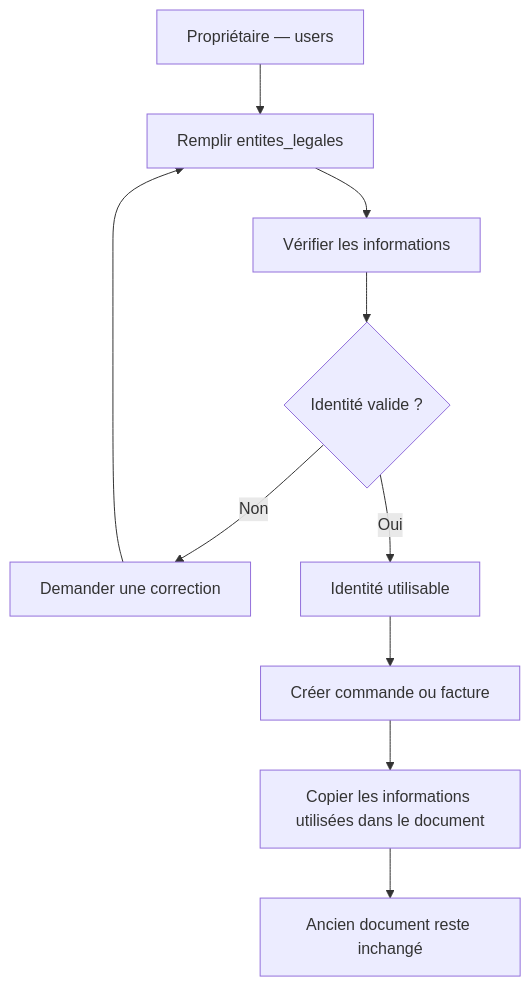
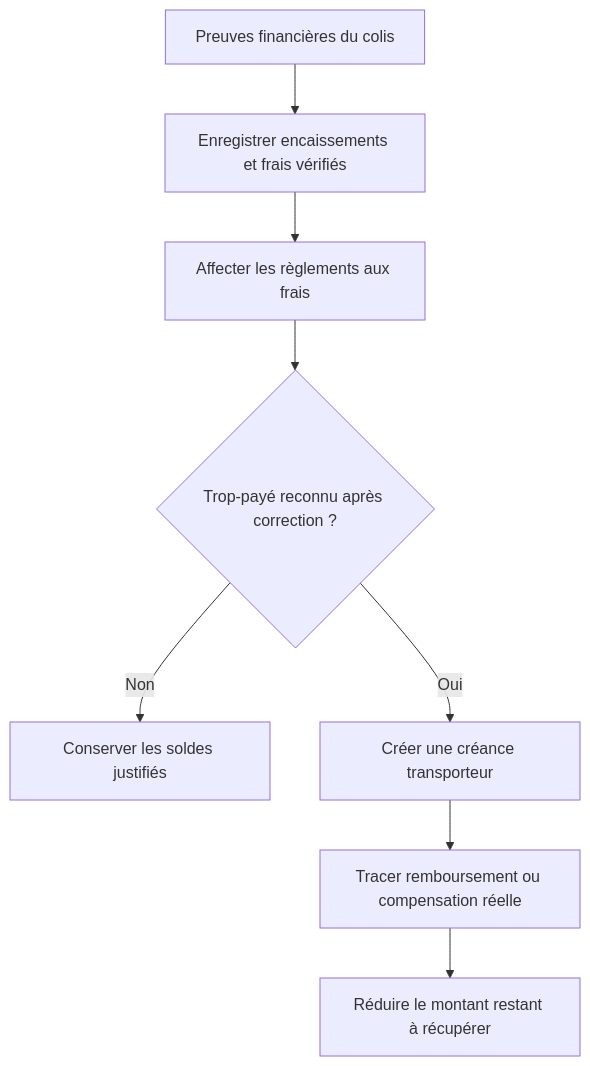
Before and after one commit to unitealfa/saas-ecom: diagram 16 of 23 in BDD-centrale-C1-C14-explication-simple.md, drawn with Mermaid. The commit also changed other lines of this file, not shown here.

````diff
--- a/BDD-centrale-C1-C14-explication-simple.md
+++ b/BDD-centrale-C1-C14-explication-simple.md
@@ -662,12 +859,10 @@
 ```mermaid
 flowchart TD
-    A["Propriétaire — users"] --> B["Remplir entites_legales"]
-    B --> C["Vérifier les informations"]
-    C --> D{"Identité valide ?"}
-    D -->|Non| E["Demander une correction"]
-    E --> B
-    D -->|Oui| F["Identité utilisable"]
-    F --> G["Créer commande ou facture"]
-    G --> H["Copier les informations utilisées dans le document"]
-    H --> I["Ancien document reste inchangé"]
+    A["Preuves financières du colis"] --> B["Enregistrer encaissements et frais vérifiés"]
+    B --> C["Affecter les règlements aux frais"]
+    C --> D{"Trop-payé reconnu après correction ?"}
+    D -->|Non| E["Conserver les soldes justifiés"]
+    D -->|Oui| F["Créer une créance transporteur"]
+    F --> G["Tracer remboursement ou compensation réelle"]
+    G --> H["Réduire le montant restant à récupérer"]
 ```
````
